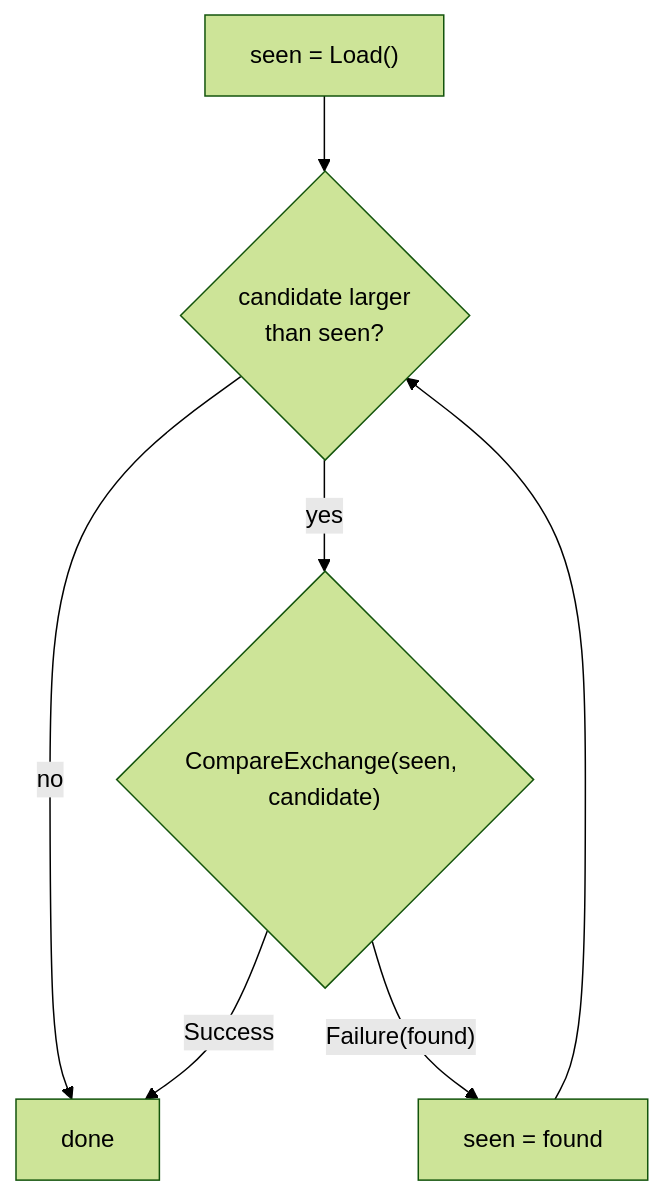
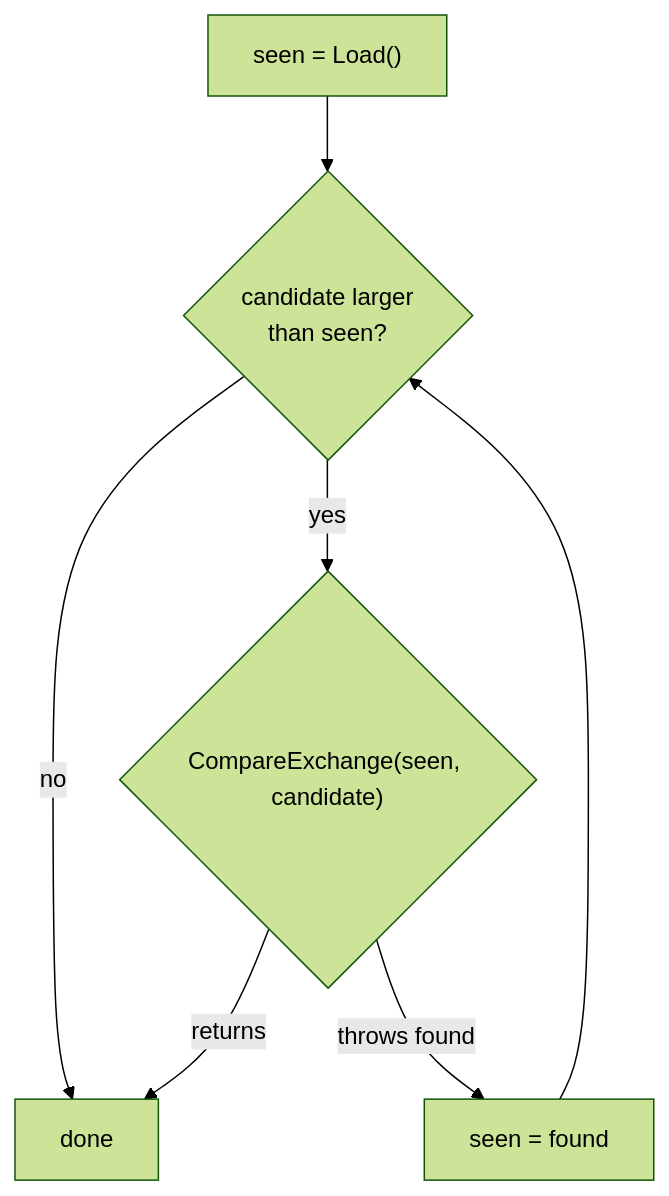
The diagram in content/docs/1.learn/25.concurrency/02.atomic.md (rux-lang/Web), drawn with Mermaid (forest theme) before and after one commit. The commit also changed other lines of this file and 736 other files, not shown here.

````diff
--- a/content/docs/1.learn/25.concurrency/02.atomic.md
+++ b/content/docs/1.learn/25.concurrency/02.atomic.md
@@ -101,9 +109,9 @@
 ```mermaid
 flowchart TD
     a["`seen = Load()`"] --> b{"candidate larger<br/>than seen?"}
     b -- "no" --> done["done"]
     b -- "yes" --> c{"`CompareExchange(seen, candidate)`"}
-    c -- "Success" --> done
-    c -- "Failure(found)" --> d["`seen = found`"]
+    c -- "returns" --> done
+    c -- "throws found" --> d["`seen = found`"]
     d --> b
 ```
````
